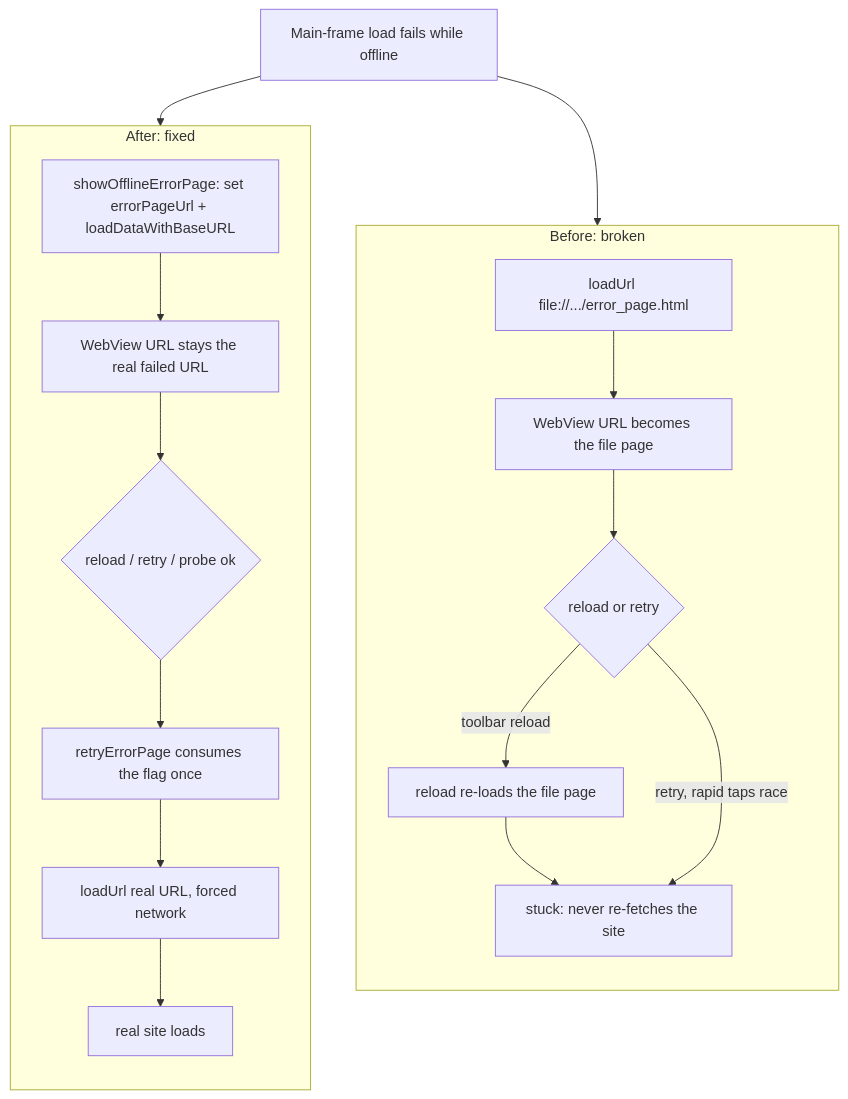
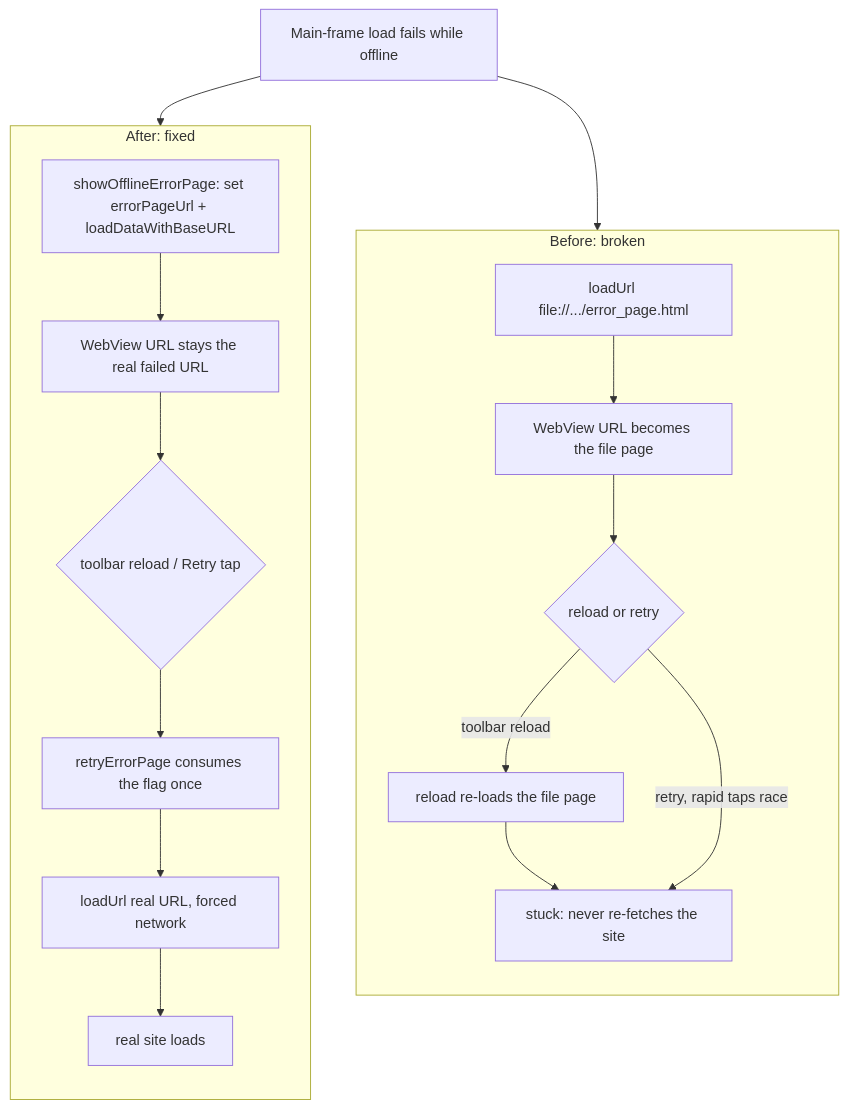
One commit to plateaukao/ADR changed the first of 2 diagrams in einkbro-offline-error-page-reload-retry.md. Above: the diagram before and after it, drawn with Mermaid. The commit also changed other lines of this file, not shown here.

Commit message:
add einkbro-offline-error-page-reload-retry

````diff
--- a/einkbro-offline-error-page-reload-retry.md
+++ b/einkbro-offline-error-page-reload-retry.md
@@ -48,30 +48,30 @@
 ```mermaid
 flowchart TD
     Fail[Main-frame load fails while offline]
 
     subgraph Before["Before: broken"]
         direction TB
         B2["loadUrl file://.../error_page.html"]
         B3["WebView URL becomes the file page"]
         B4{"reload or retry"}
         B5["reload re-loads the file page"]
         B6["stuck: never re-fetches the site"]
         B2 --> B3 --> B4
         B4 -->|toolbar reload| B5 --> B6
         B4 -->|retry, rapid taps race| B6
     end
 
     subgraph After["After: fixed"]
         direction TB
         A2["showOfflineErrorPage: set errorPageUrl + loadDataWithBaseURL"]
         A3["WebView URL stays the real failed URL"]
-        A4{"reload / retry / probe ok"}
+        A4{"toolbar reload / Retry tap"}
         A5["retryErrorPage consumes the flag once"]
         A6["loadUrl real URL, forced network"]
         A7["real site loads"]
         A2 --> A3 --> A4 --> A5 --> A6 --> A7
     end
 
     Fail --> B2
     Fail --> A2
 ```
````
